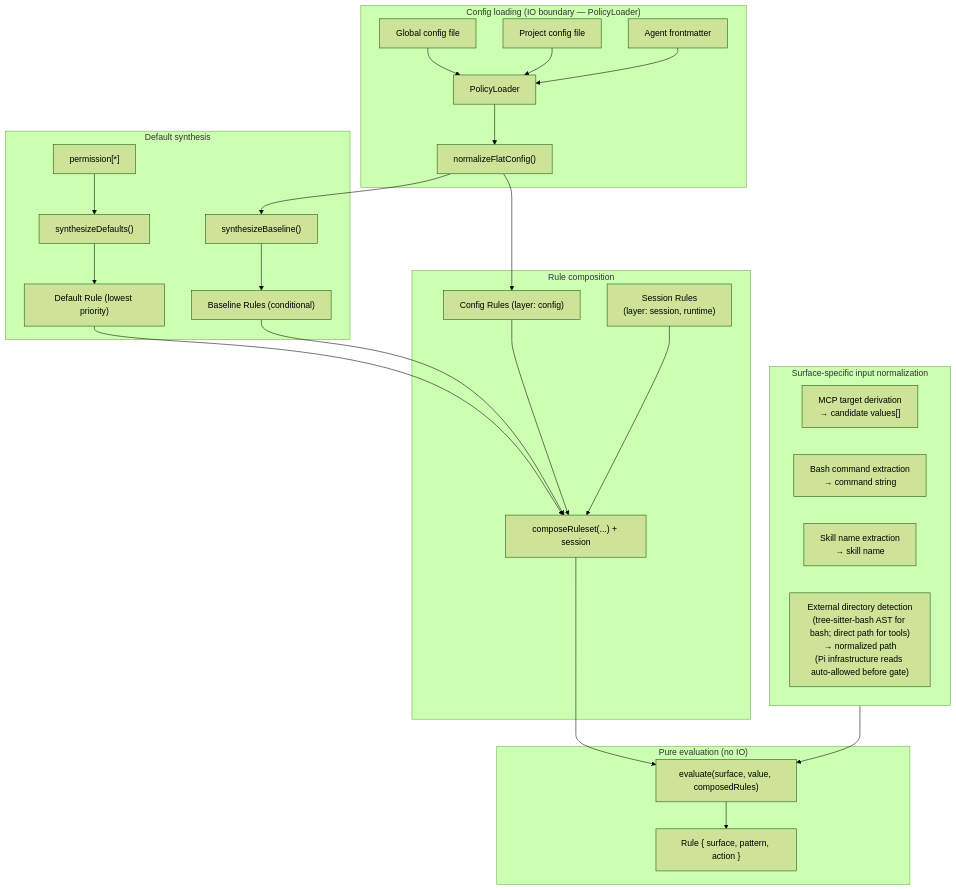
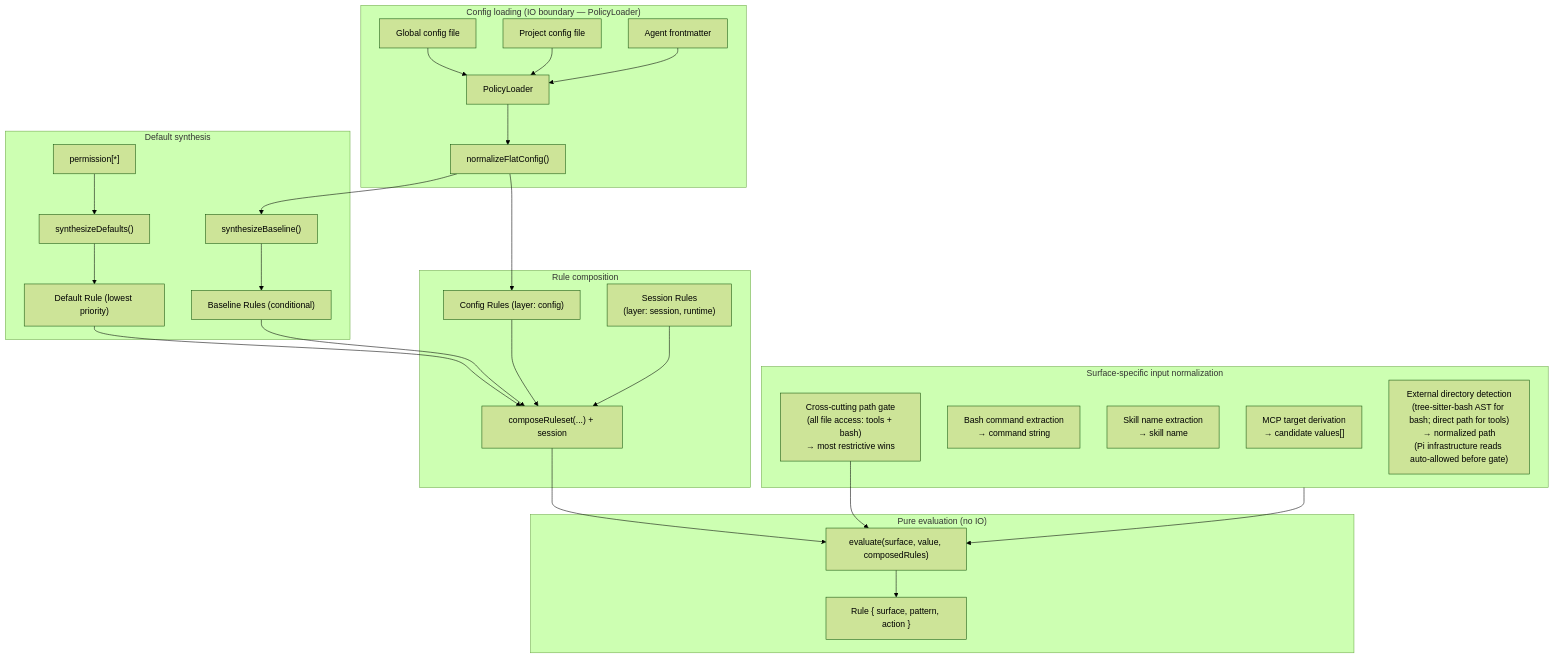
Before and after one commit to sycghj/pi-permission-system: the first of 3 diagrams in docs/architecture/architecture.md, drawn with Mermaid (forest theme). The commit also changed other lines of this file and 6 other files, not shown here.

First line of the commit message:
docs: document cross-cutting path permission surface (#148)

````diff
--- a/docs/architecture/architecture.md
+++ b/docs/architecture/architecture.md
@@ -157,43 +157,45 @@
 ```mermaid
 flowchart TD
     subgraph Load["Config loading (IO boundary — PolicyLoader)"]
         GF["Global config file"]
         PF["Project config file"]
         AF["Agent frontmatter"]
         GF --> PL["PolicyLoader"]
         PF --> PL
         AF --> PL
         PL --> Norm["normalizeFlatConfig()"]
     end
 
     subgraph Defaults["Default synthesis"]
         DP["permission[*]"] --> Synth["synthesizeDefaults()"]
         Synth --> DR["Default Rule (lowest priority)"]
         Norm --> BL["synthesizeBaseline()"]
         BL --> BR["Baseline Rules (conditional)"]
     end
 
     Norm --> CR["Config Rules (layer: config)"]
     SA["Session Rules<br/>(layer: session, runtime)"]
 
     subgraph Compose["Rule composition"]
         DR --> Concat["composeRuleset(...) + session"]
         BR --> Concat
         CR --> Concat
         SA --> Concat
     end
 
     subgraph Eval["Pure evaluation (no IO)"]
         Concat --> E["evaluate(surface, value, composedRules)"]
         E --> Decision["Rule { surface, pattern, action }"]
     end
 
     subgraph PreProcess["Surface-specific input normalization"]
         MCP["MCP target derivation<br/>→ candidate values[]"]
         Bash["Bash command extraction<br/>→ command string"]
         Skill["Skill name extraction<br/>→ skill name"]
+        PathGate["Cross-cutting path gate<br/>(all file access: tools + bash)<br/>→ most restrictive wins"]
         ExtDir["External directory detection<br/>(tree-sitter-bash AST for bash; direct path for tools)<br/>→ normalized path<br/>(Pi infrastructure reads auto-allowed before gate)"]
     end
 
+    PathGate --> E
     PreProcess --> E
 ```
````
